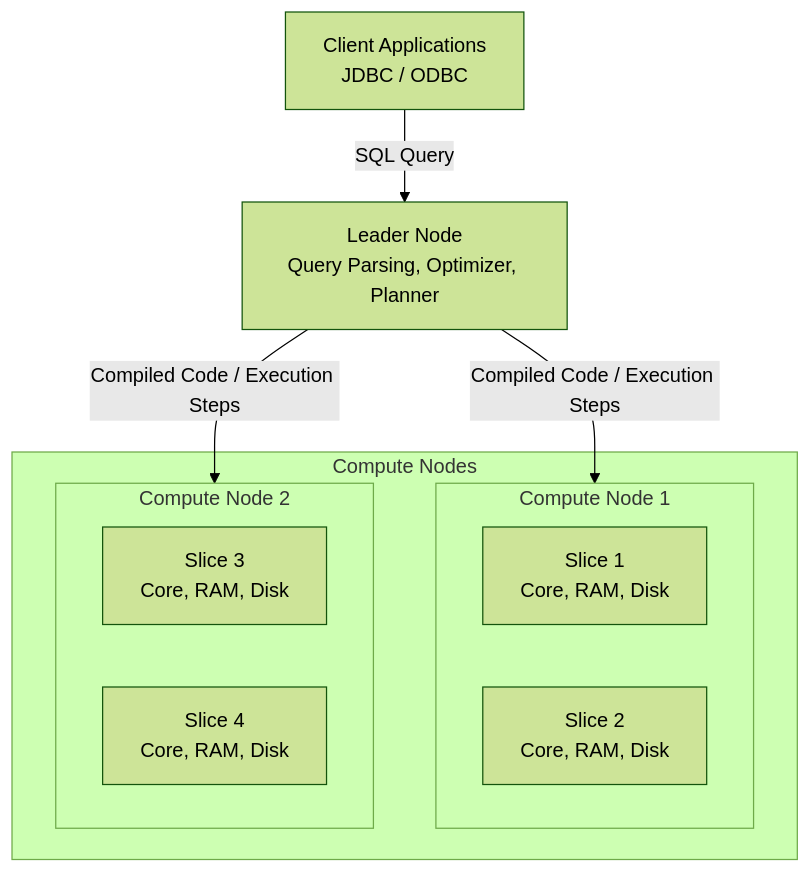
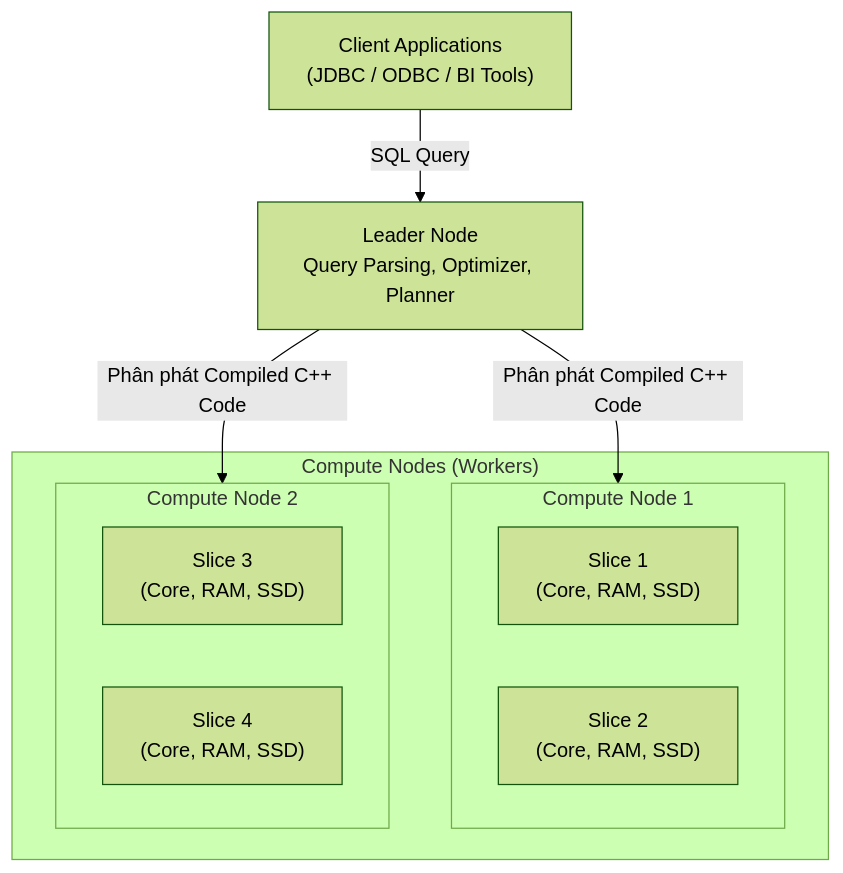
The first of 2 diagrams in src/content/docs/concepts/3-storage-engines-formats/amazon-redshift.md (kythuatdulieu/kythuatdulieu.github.io), drawn with Mermaid (forest theme) before and after one commit. The commit also changed other lines of this file and 228 other files, not shown here.

Commit message:
Fix syntax and rewrite 200+ concepts docs to deep-dive system architecture and add GA4 tracking to quiz app

````diff
--- a/src/content/docs/concepts/3-storage-engines-formats/amazon-redshift.md
+++ b/src/content/docs/concepts/3-storage-engines-formats/amazon-redshift.md
@@ -20,18 +22,18 @@
 ```mermaid
 graph TD
-    Client["Client Applications<br>JDBC / ODBC"] --> |SQL Query| LN["Leader Node<br>Query Parsing, Optimizer, Planner"]
+    Client["Client Applications<br>(JDBC / ODBC / BI Tools)"] --> |SQL Query| LN["Leader Node<br>Query Parsing, Optimizer, Planner"]
     
-    subgraph Compute Cluster["Compute Nodes"]
+    subgraph Compute_Cluster["Compute Nodes (Workers)"]
         subgraph Node1["Compute Node 1"]
-            S1["Slice 1<br>Core, RAM, Disk"]
-            S2["Slice 2<br>Core, RAM, Disk"]
+            S1["Slice 1<br>(Core, RAM, SSD)"]
+            S2["Slice 2<br>(Core, RAM, SSD)"]
         end
         subgraph Node2["Compute Node 2"]
-            S3["Slice 3<br>Core, RAM, Disk"]
-            S4["Slice 4<br>Core, RAM, Disk"]
+            S3["Slice 3<br>(Core, RAM, SSD)"]
+            S4["Slice 4<br>(Core, RAM, SSD)"]
         end
     end
 
-    LN -->|Compiled Code / Execution Steps| Node1
-    LN -->|Compiled Code / Execution Steps| Node2
+    LN -->|Phân phát Compiled C++ Code| Node1
+    LN -->|Phân phát Compiled C++ Code| Node2
 ```
````
